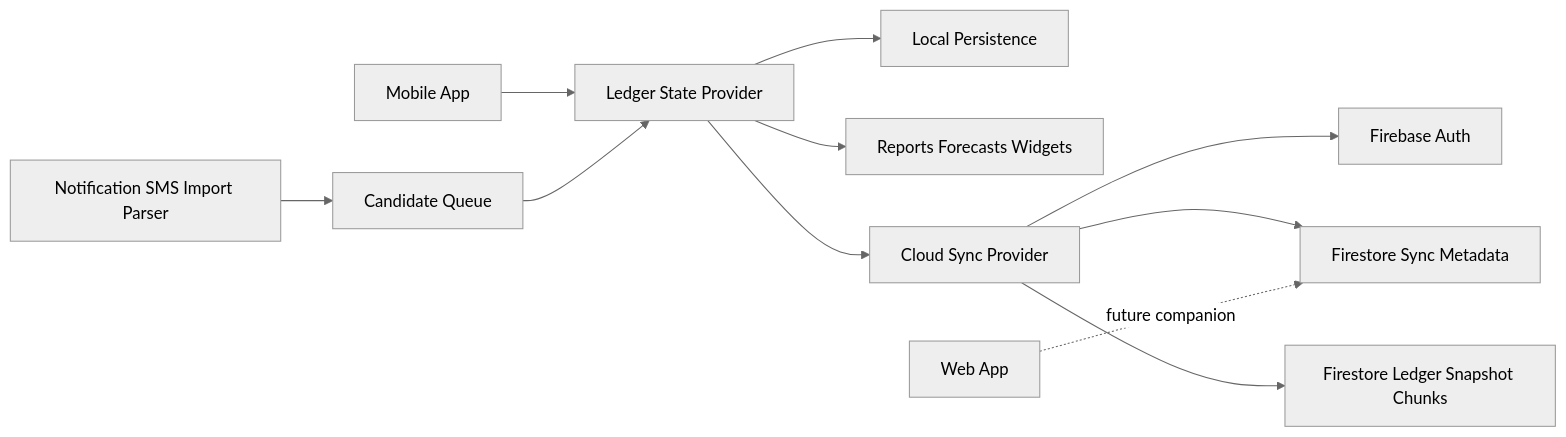
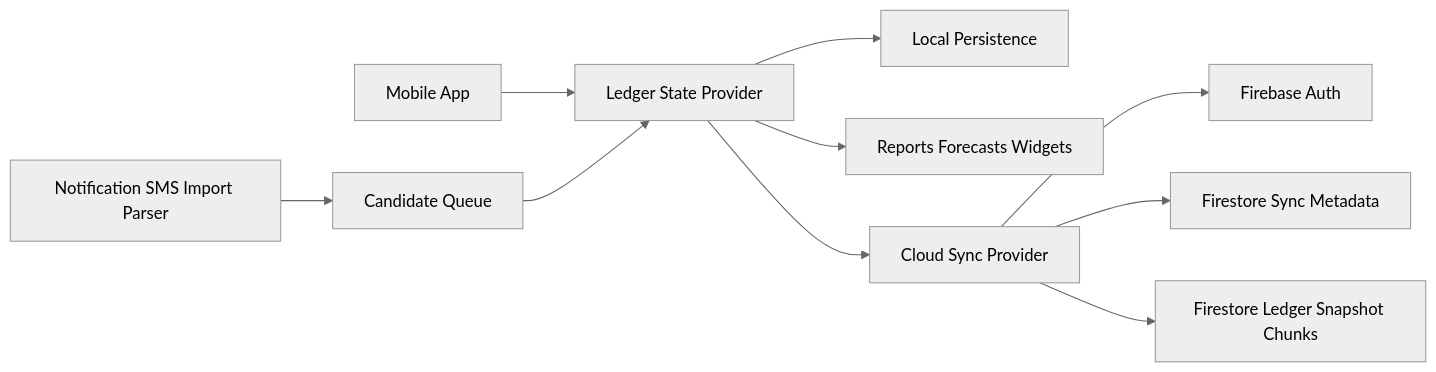
The diagram in docs/technical-architecture.md (joelpjoji-mns/1wallet), drawn with Mermaid (neutral theme) before and after one commit. The commit also changed other lines of this file and 51 other files, not shown here.

Commit message:
Remove web app package (#12)

````diff
--- a/docs/technical-architecture.md
+++ b/docs/technical-architecture.md
@@ -66,13 +63,12 @@
 ```mermaid
 flowchart LR
   A[Mobile App] --> B[Ledger State Provider]
   B --> C[Local Persistence]
   D[Notification SMS Import Parser] --> E[Candidate Queue]
   E --> B
   B --> F[Reports Forecasts Widgets]
   B --> G[Cloud Sync Provider]
   G --> H[Firebase Auth]
   G --> I[Firestore Sync Metadata]
   G --> J[Firestore Ledger Snapshot Chunks]
-  K[Web App] -. future companion .-> I
 ```
````
